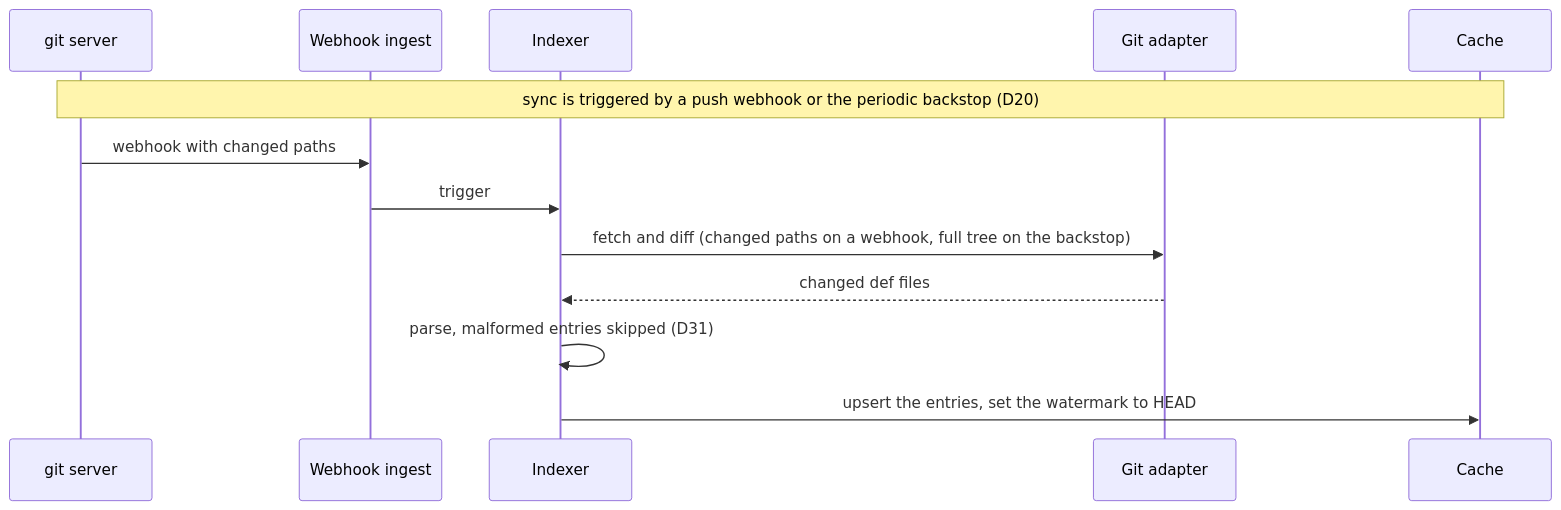
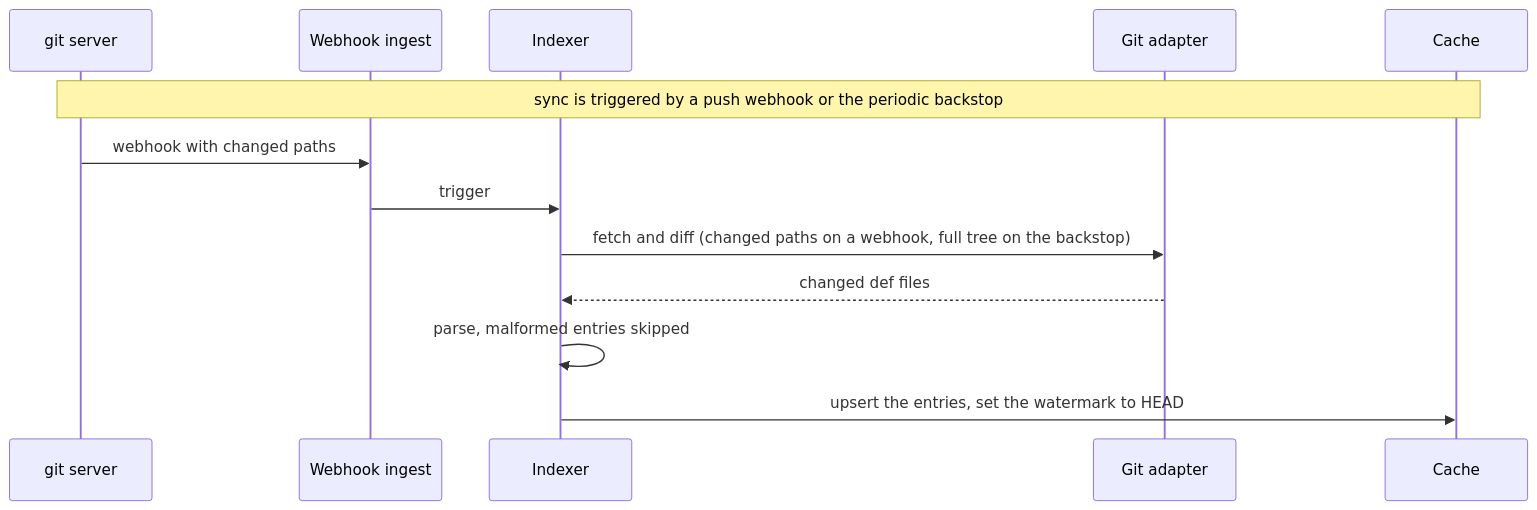
The fourth of 5 diagrams in docs/analysis/app-reg-def-service/design/architecture.md (Netcracker/qubership-envgene), drawn with Mermaid before and after one commit. The commit also changed other lines of this file, not shown here.

Commit message:
docs: drop brief decision refs from architecture.md
The D-number citations leak the brief's decision log into the architecture doc, which a reader does not have in hand, so they read as noise. The decisions stay recorded in the brief.

````diff
--- a/docs/analysis/app-reg-def-service/design/architecture.md
+++ b/docs/analysis/app-reg-def-service/design/architecture.md
@@ -91,15 +91,15 @@
 ```mermaid
 sequenceDiagram
   participant GS as git server
   participant WI as Webhook ingest
   participant IX as Indexer
   participant GA as Git adapter
   participant Cache
-  Note over GS,Cache: sync is triggered by a push webhook or the periodic backstop (D20)
+  Note over GS,Cache: sync is triggered by a push webhook or the periodic backstop
   GS->>WI: webhook with changed paths
   WI->>IX: trigger
   IX->>GA: fetch and diff (changed paths on a webhook, full tree on the backstop)
   GA-->>IX: changed def files
-  IX->>IX: parse, malformed entries skipped (D31)
+  IX->>IX: parse, malformed entries skipped
   IX->>Cache: upsert the entries, set the watermark to HEAD
 ```
````
